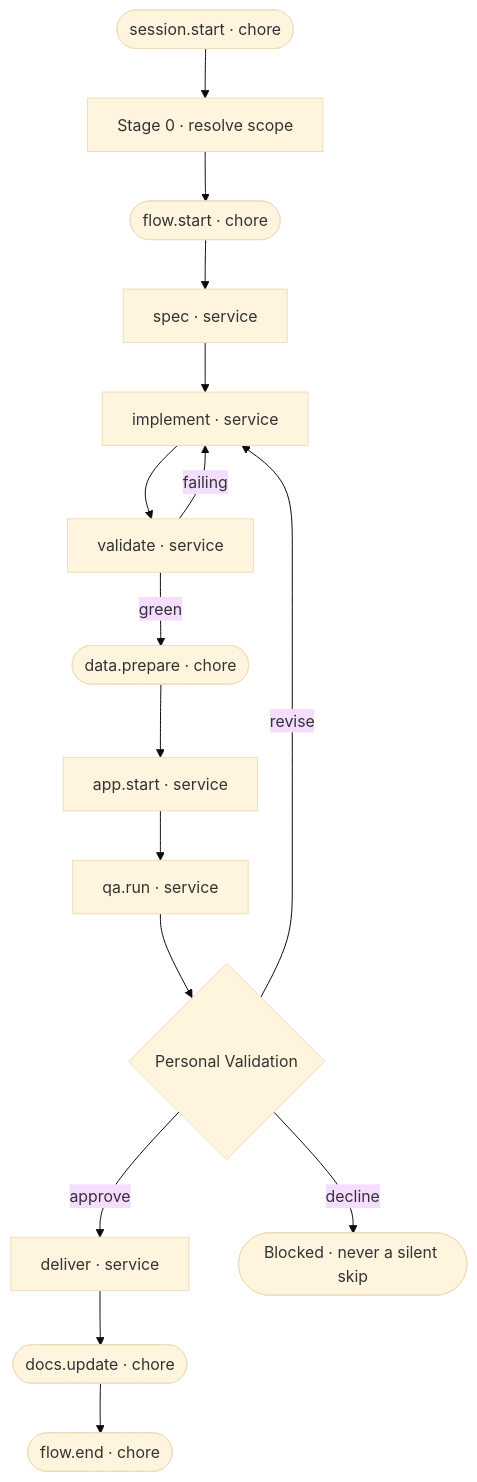
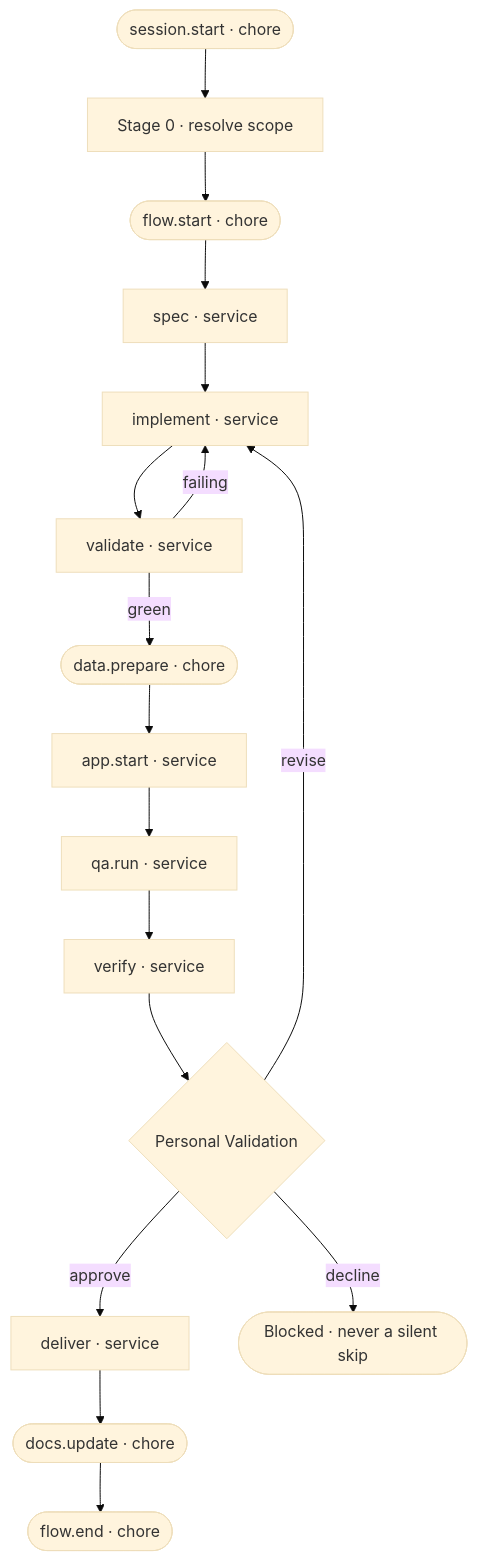
Before and after one commit to JSdotNet/devbook: the third of 3 diagrams in .devbook/domain/plugin-authoring/flow.md, drawn with Mermaid (base theme). The commit also changed other lines of this file and 43 other files, not shown here.

First line of the commit message:
Add verify, the spec check, as the last service before the gate

````diff
--- a/.devbook/domain/plugin-authoring/flow.md
+++ b/.devbook/domain/plugin-authoring/flow.md
@@ -78,18 +78,19 @@
 ```mermaid
 flowchart TD
     sessionStart(["session.start · chore"]) --> stage0["Stage 0 · resolve scope"]
     stage0 --> flowStart(["flow.start · chore"])
     flowStart --> spec["spec · service"]
     spec --> implement["implement · service"]
     implement --> validate["validate · service"]
     validate -->|failing| implement
     validate -->|green| dataPrepare(["data.prepare · chore"])
     dataPrepare --> appStart["app.start · service"]
     appStart --> qaRun["qa.run · service"]
-    qaRun --> gate{"Personal Validation"}
+    qaRun --> verify["verify · service"]
+    verify --> gate{"Personal Validation"}
     gate -->|approve| deliver["deliver · service"]
     gate -->|revise| implement
     gate -->|decline| stop(["Blocked · never a silent skip"])
     deliver --> docsUpdate(["docs.update · chore"])
     docsUpdate --> flowEnd(["flow.end · chore"])
 ```
````
